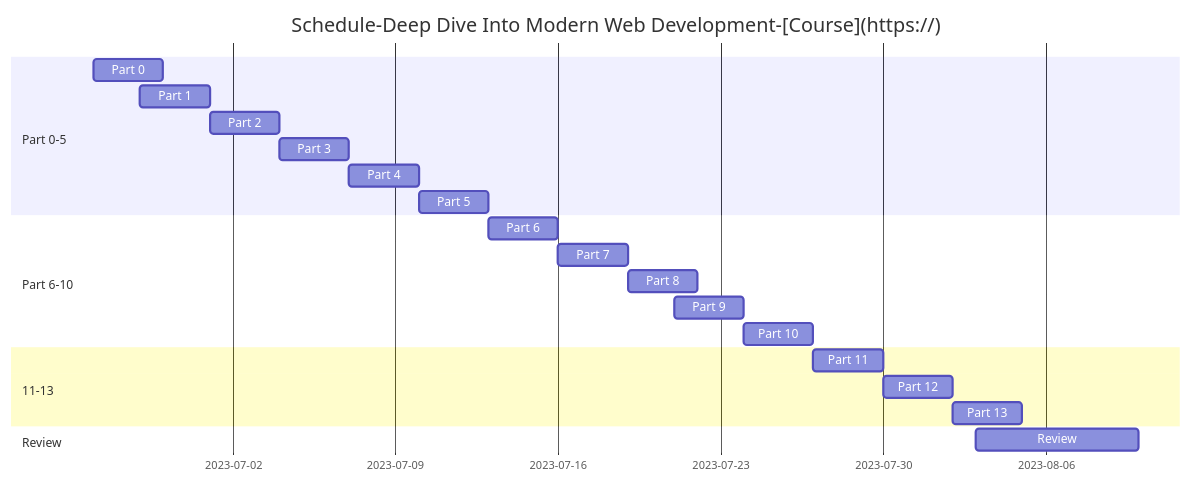
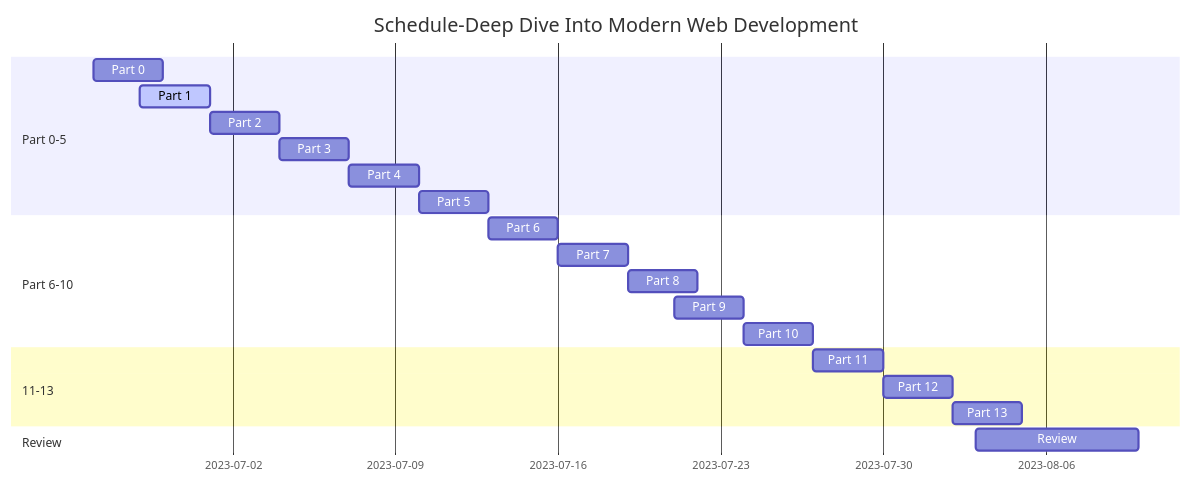
The diagram in README.md (DcViet/DcViet), drawn with Mermaid before and after one commit. The commit also changed other lines of this file, not shown here.

````diff
--- a/README.md
+++ b/README.md
@@ -122,23 +111,23 @@
 ```mermaid
 gantt
-    title Schedule-Deep Dive Into Modern Web Development-[Course](https://)
+    title Schedule-Deep Dive Into Modern Web Development
     section Part 0-5
     	Part 0 : 2023-06-26, 3d
-    	Part 1 : 2023-06-28, 3d
+    	Part 1 :active, 2023-06-28, 3d
     	Part 2 : 2023-07-1, 3d
     	Part 3 : 2023-07-4, 3d
     	Part 4 : 2023-07-7, 3d
     	Part 5 : 2023-07-10, 3d
     section Part 6-10
    	Part 6 : 2023-07-13, 3d
    	Part 7 : 2023-07-16, 3d
    	Part 8 : 2023-07-19, 3d
  	Part 9 : 2023-07-21, 3d
    	Part 10 : 2023-07-24, 3d
     section 11-13
    	Part 11 : 2023-07-27, 3d
     	Part 12 : 2023-07-30, 3d
     	Part 13 : 2023-08-2, 3d
     section Review
     	Review  : 2023-08-3, 7d
 ```
````
